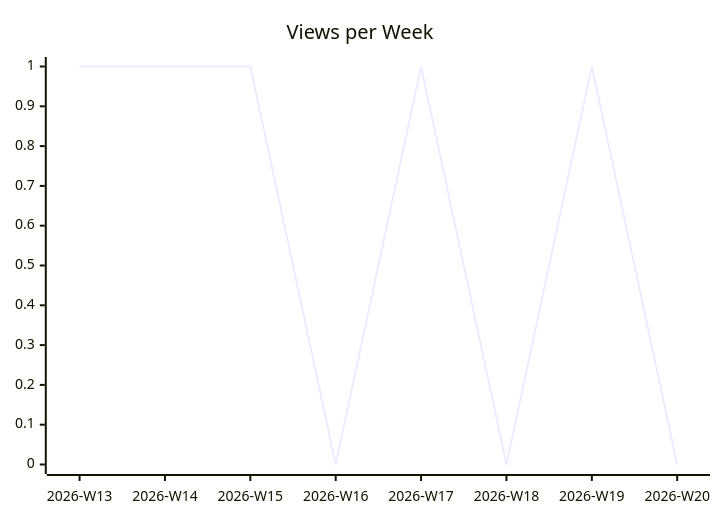
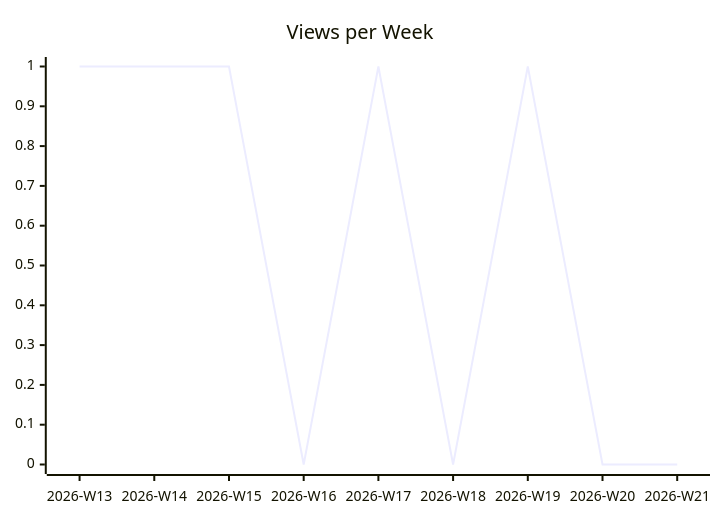
One commit to justdavis-family/github-analytics-data changed the second of 3 diagrams in karlmdavis/ansible-role-jenkins2/README.md. Above: the diagram before and after it, drawn with Mermaid. The commit also changed other lines of this file and 189 other files, not shown here.

````diff
--- a/karlmdavis/ansible-role-jenkins2/README.md
+++ b/karlmdavis/ansible-role-jenkins2/README.md
@@ -12,6 +12,6 @@
 ```mermaid
 xychart-beta
   title "Views per Week"
-  x-axis ["2026-W13", "2026-W14", "2026-W15", "2026-W16", "2026-W17", "2026-W18", "2026-W19", "2026-W20"]
-  line [1, 1, 1, 0, 1, 0, 1, 0]
+  x-axis ["2026-W13", "2026-W14", "2026-W15", "2026-W16", "2026-W17", "2026-W18", "2026-W19", "2026-W20", "2026-W21"]
+  line [1, 1, 1, 0, 1, 0, 1, 0, 0]
 ```
````
